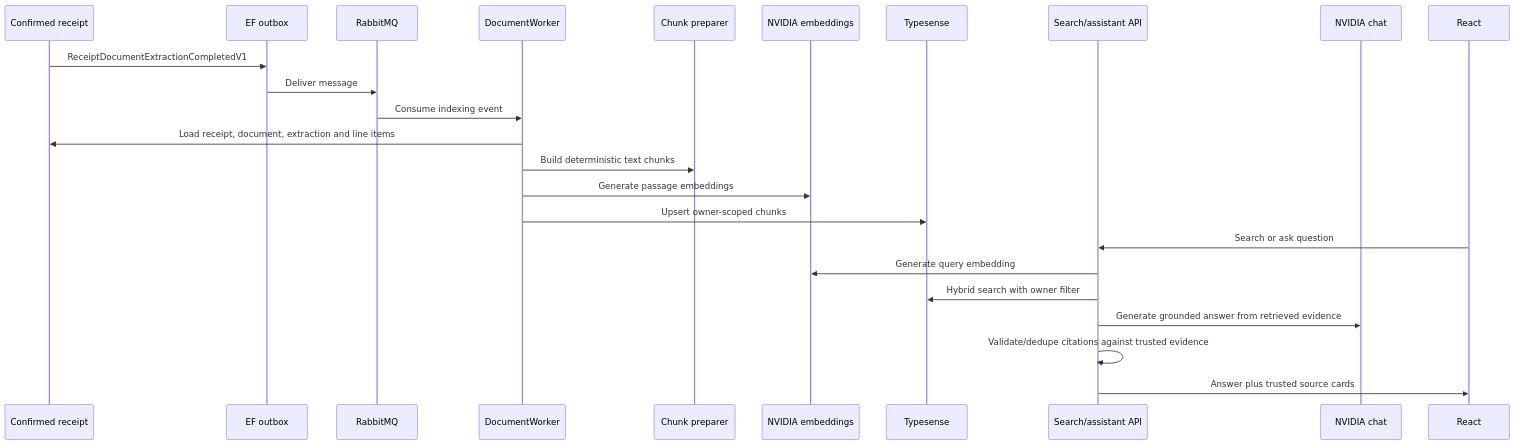
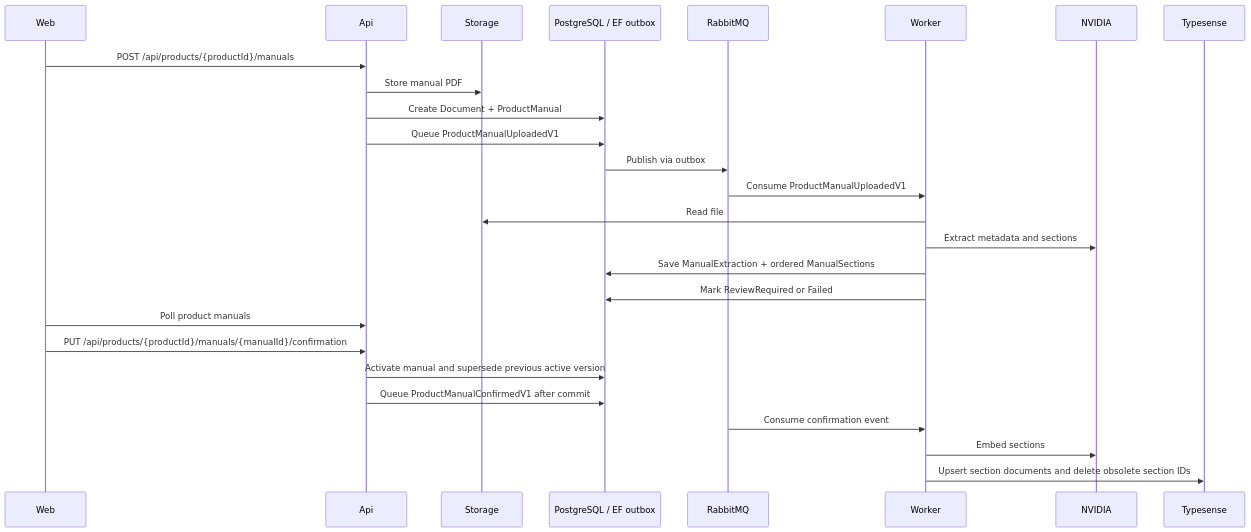
The third of 5 diagrams in docs/architecture.md (tonycruz-dev/receiptflow-ai), drawn with Mermaid before and after one commit. The commit also changed other lines of this file and 4 other files, not shown here.

Commit message:
docs: add architecture setup and demo documentation

````diff
--- a/docs/architecture.md
+++ b/docs/architecture.md
@@ -83,27 +101,29 @@
 ```mermaid
 sequenceDiagram
-  participant DB as Confirmed receipt
-  participant Outbox as EF outbox
-  participant Rabbit as RabbitMQ
-  participant Worker as DocumentWorker
-  participant Prep as Chunk preparer
-  participant Embed as NVIDIA embeddings
-  participant Typesense
-  participant API as Search/assistant API
-  participant Chat as NVIDIA chat
-  participant React
+  participant Web
+  participant Api
+  participant Storage
+  participant Db as PostgreSQL / EF outbox
+  participant Bus as RabbitMQ
+  participant Worker
+  participant AI as NVIDIA
+  participant Search as Typesense
 
-  DB->>Outbox: ReceiptDocumentExtractionCompletedV1
-  Outbox->>Rabbit: Deliver message
-  Rabbit->>Worker: Consume indexing event
-  Worker->>DB: Load receipt, document, extraction and line items
-  Worker->>Prep: Build deterministic text chunks
-  Worker->>Embed: Generate passage embeddings
-  Worker->>Typesense: Upsert owner-scoped chunks
-  React->>API: Search or ask question
-  API->>Embed: Generate query embedding
-  API->>Typesense: Hybrid search with owner filter
-  API->>Chat: Generate grounded answer from retrieved evidence
-  API->>API: Validate/dedupe citations against trusted evidence
-  API->>React: Answer plus trusted source cards
+  Web->>Api: POST /api/products/{productId}/manuals
+  Api->>Storage: Store manual PDF
+  Api->>Db: Create Document + ProductManual
+  Api->>Db: Queue ProductManualUploadedV1
+  Db->>Bus: Publish via outbox
+  Bus->>Worker: Consume ProductManualUploadedV1
+  Worker->>Storage: Read file
+  Worker->>AI: Extract metadata and sections
+  Worker->>Db: Save ManualExtraction + ordered ManualSections
+  Worker->>Db: Mark ReviewRequired or Failed
+  Web->>Api: Poll product manuals
+  Web->>Api: PUT /api/products/{productId}/manuals/{manualId}/confirmation
+  Api->>Db: Activate manual and supersede previous active version
+  Api->>Db: Queue ProductManualConfirmedV1 after commit
+  Bus->>Worker: Consume confirmation event
+  Worker->>AI: Embed sections
+  Worker->>Search: Upsert section documents and delete obsolete section IDs
 ```
````
